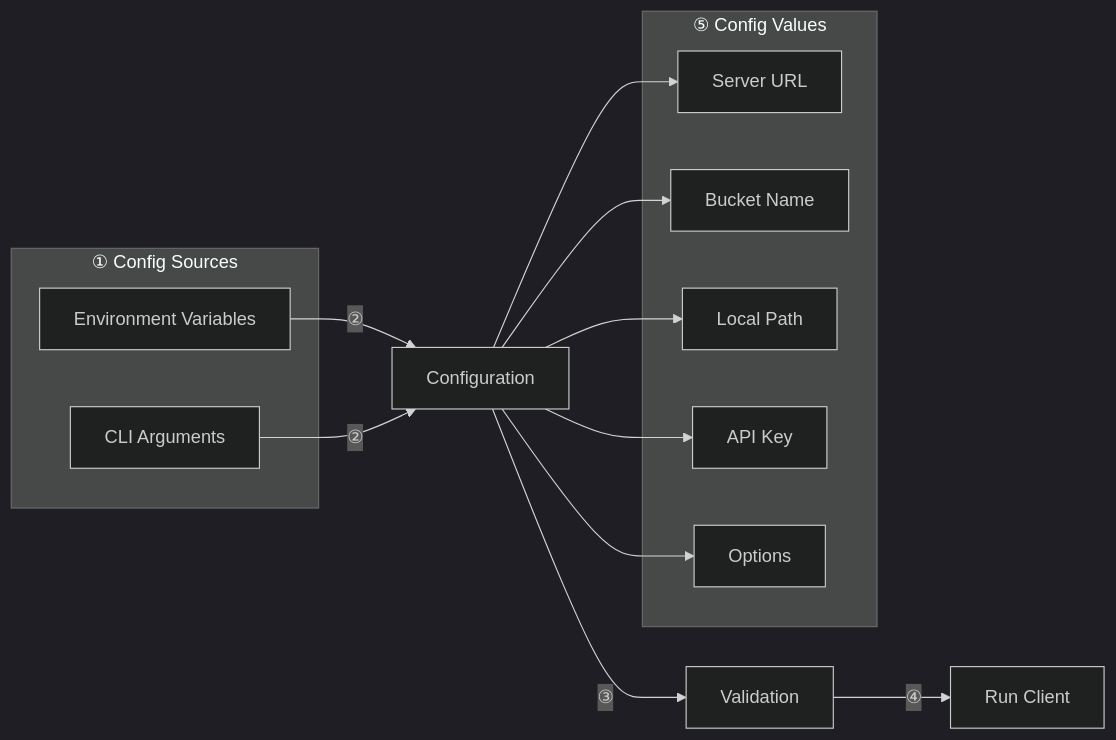
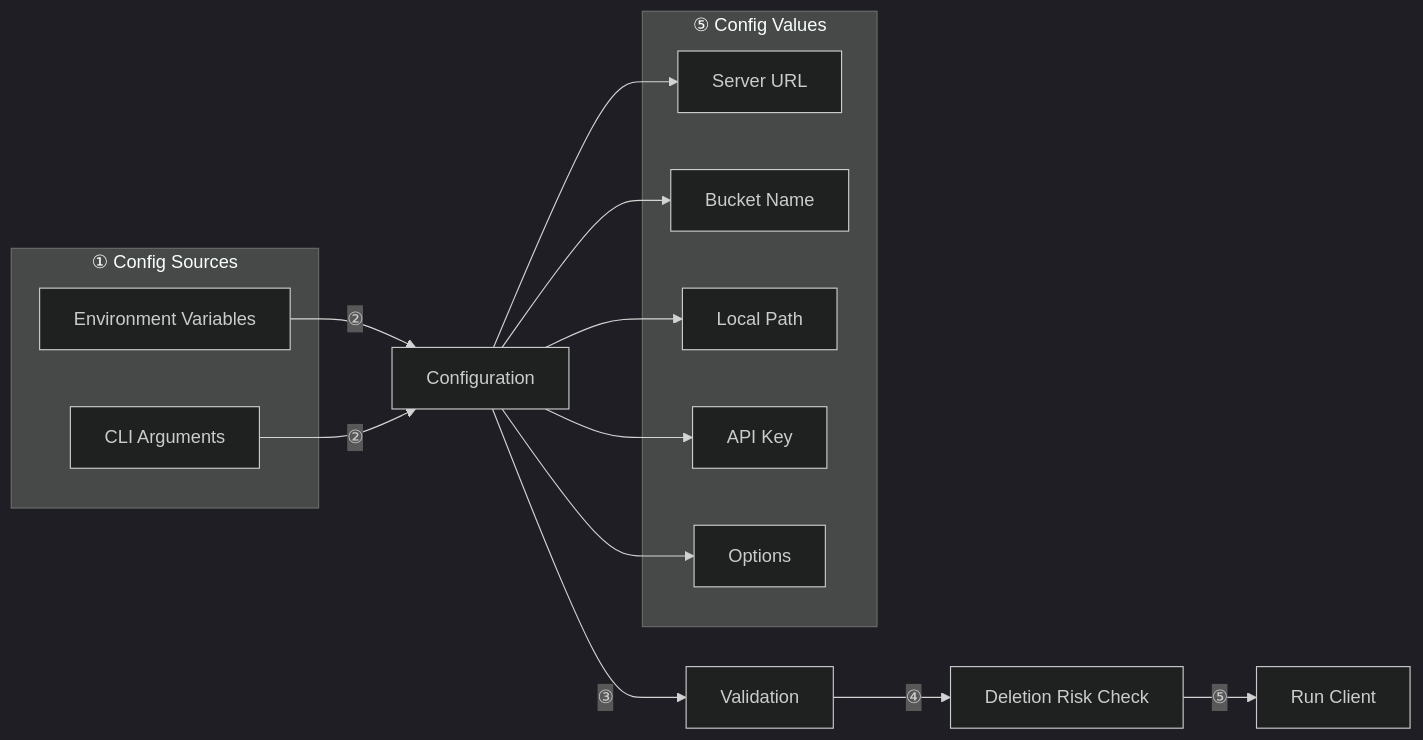
The seventh of 8 diagrams in docs/architecture.md (albertsdk/hsync-client), drawn with Mermaid (dark theme) before and after one commit. The commit also changed other lines of this file and 3 other files, not shown here.

First line of the commit message:
docs: document deletion risk warning and --yes flag

````diff
--- a/docs/architecture.md
+++ b/docs/architecture.md
@@ -299,26 +299,27 @@
 ```mermaid
 flowchart LR
     subgraph "① Config Sources"
         ENV[Environment Variables]
         CLI[CLI Arguments]
     end
 
     ENV -->|"②"| CFG[Configuration]
     CLI -->|"②"| CFG
     CFG -->|"③"| VALIDATE[Validation]
-    VALIDATE -->|"④"| RUN[Run Client]
+    VALIDATE -->|"④"| SAFETY[Deletion Risk Check]
+    SAFETY -->|"⑤"| RUN[Run Client]
 
     subgraph "⑤ Config Values"
         S[Server URL]
         B[Bucket Name]
         P[Local Path]
         K[API Key]
         O[Options]
     end
 
     CFG --> S
     CFG --> B
     CFG --> P
     CFG --> K
     CFG --> O
 ```
````
